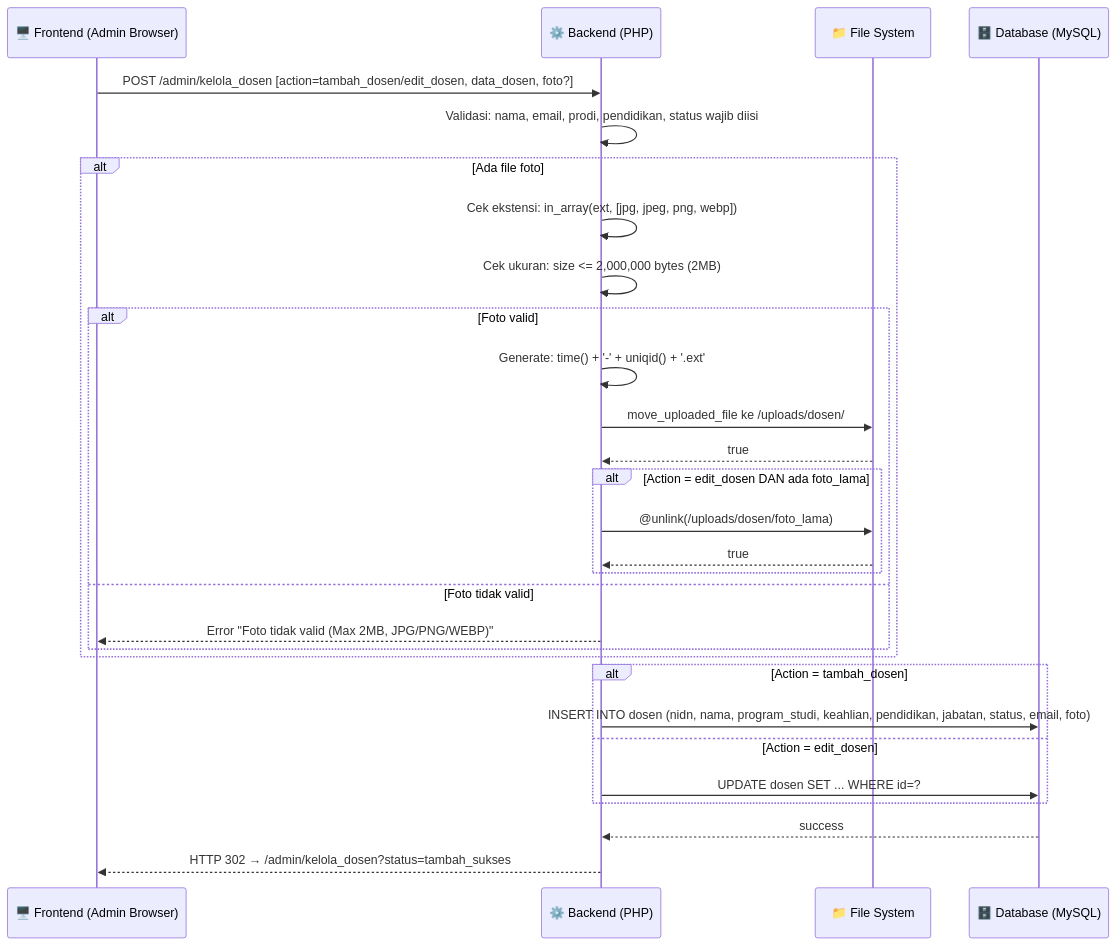
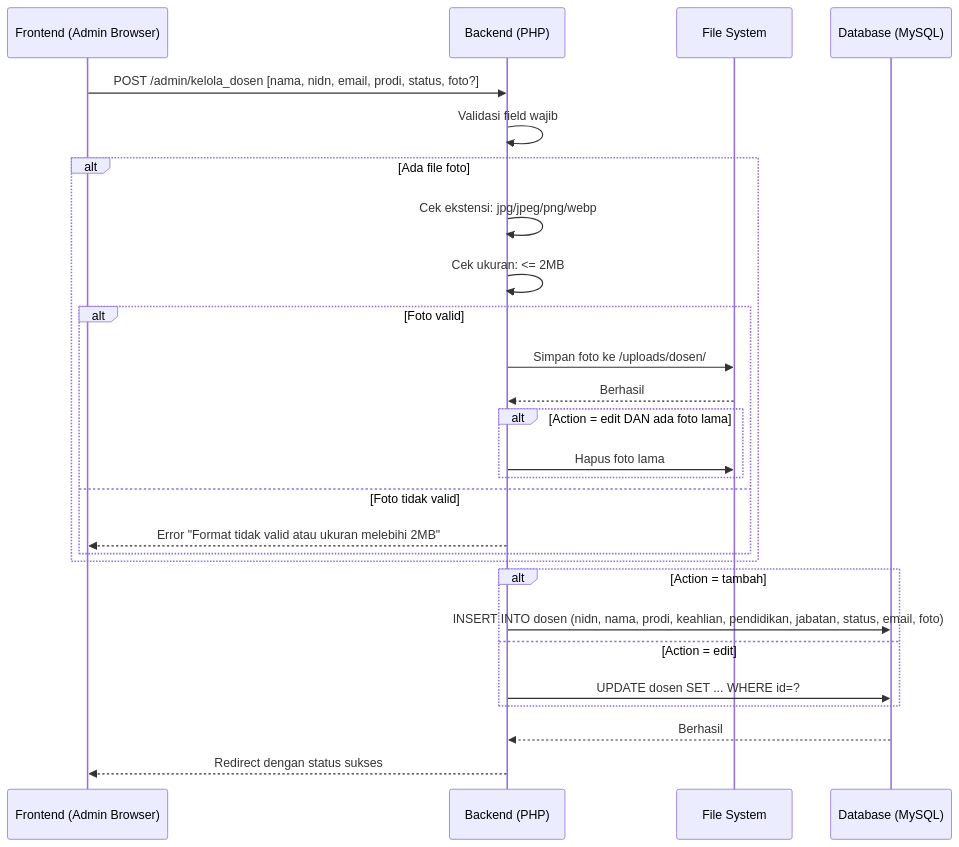
Before and after one commit to arbain-dev/Web_fikom: the fifth of 11 diagrams in docs/02_SEQUENCE_DIAGRAM.md, drawn with Mermaid. The commit also changed other lines of this file, not shown here.

Commit message:
docs(seq): buat ulang sequence diagram dengan penjelasan naratif sederhana di bawah setiap diagram

````diff
--- a/docs/02_SEQUENCE_DIAGRAM.md
+++ b/docs/02_SEQUENCE_DIAGRAM.md
@@ -111,32 +135,30 @@
 ```mermaid
 sequenceDiagram
-    participant FE as 🖥️ Frontend (Admin Browser)
-    participant BE as ⚙️ Backend (PHP)
-    participant FS as 📁 File System
-    participant DB as 🗄️ Database (MySQL)
+    participant FE as Frontend (Admin Browser)
+    participant BE as Backend (PHP)
+    participant FS as File System
+    participant DB as Database (MySQL)
 
-    FE->>BE: POST /admin/kelola_dosen [action=tambah_dosen/edit_dosen, data_dosen, foto?]
-    BE->>BE: Validasi: nama, email, prodi, pendidikan, status wajib diisi
+    FE->>BE: POST /admin/kelola_dosen [nama, nidn, email, prodi, status, foto?]
+    BE->>BE: Validasi field wajib
     alt Ada file foto
-        BE->>BE: Cek ekstensi: in_array(ext, [jpg, jpeg, png, webp])
-        BE->>BE: Cek ukuran: size <= 2,000,000 bytes (2MB)
+        BE->>BE: Cek ekstensi: jpg/jpeg/png/webp
+        BE->>BE: Cek ukuran: <= 2MB
         alt Foto valid
-            BE->>BE: Generate: time() + '-' + uniqid() + '.ext'
-            BE->>FS: move_uploaded_file ke /uploads/dosen/
-            FS-->>BE: true
-            alt Action = edit_dosen DAN ada foto_lama
-                BE->>FS: @unlink(/uploads/dosen/foto_lama)
-                FS-->>BE: true
+            BE->>FS: Simpan foto ke /uploads/dosen/
+            FS-->>BE: Berhasil
+            alt Action = edit DAN ada foto lama
+                BE->>FS: Hapus foto lama
             end
         else Foto tidak valid
-            BE-->>FE: Error "Foto tidak valid (Max 2MB, JPG/PNG/WEBP)"
+            BE-->>FE: Error "Format tidak valid atau ukuran melebihi 2MB"
         end
     end
-    alt Action = tambah_dosen
-        BE->>DB: INSERT INTO dosen (nidn, nama, program_studi, keahlian, pendidikan, jabatan, status, email, foto)
-    else Action = edit_dosen
+    alt Action = tambah
+        BE->>DB: INSERT INTO dosen (nidn, nama, prodi, keahlian, pendidikan, jabatan, status, email, foto)
+    else Action = edit
         BE->>DB: UPDATE dosen SET ... WHERE id=?
     end
-    DB-->>BE: success
-    BE-->>FE: HTTP 302 → /admin/kelola_dosen?status=tambah_sukses
+    DB-->>BE: Berhasil
+    BE-->>FE: Redirect dengan status sukses
 ```
````
